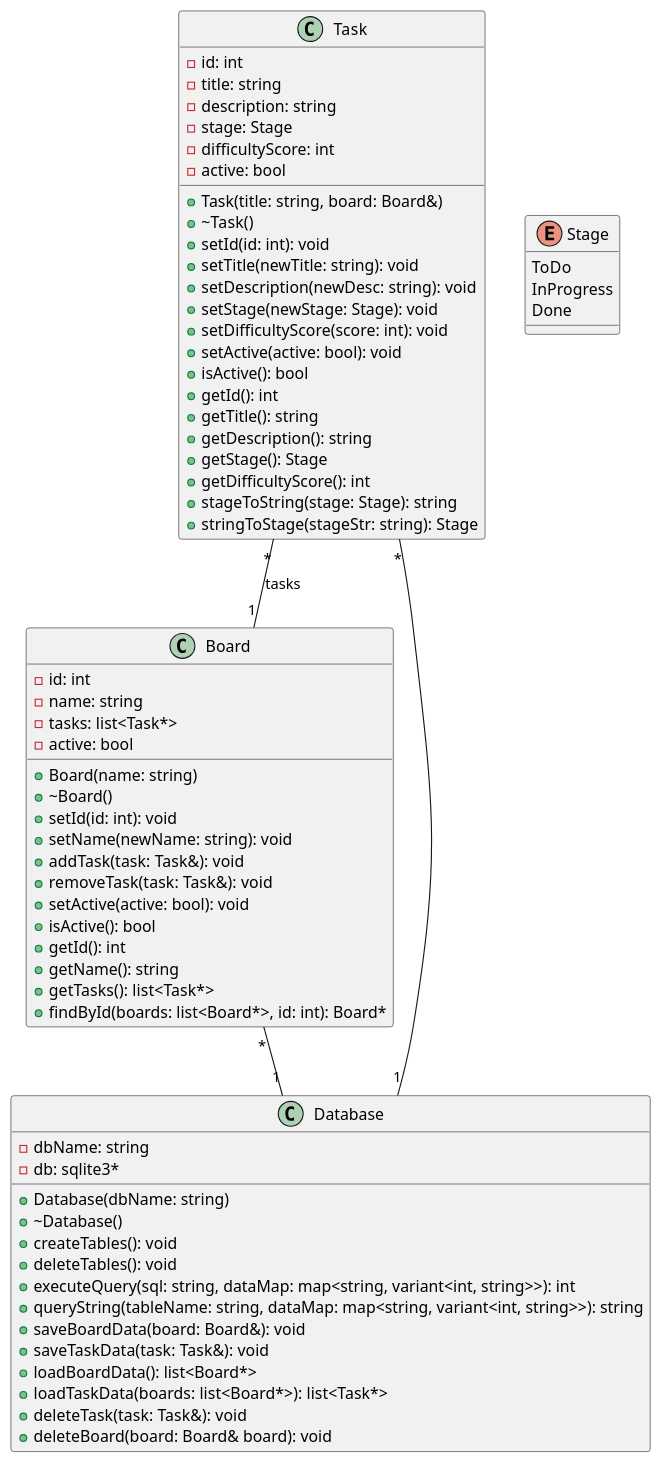
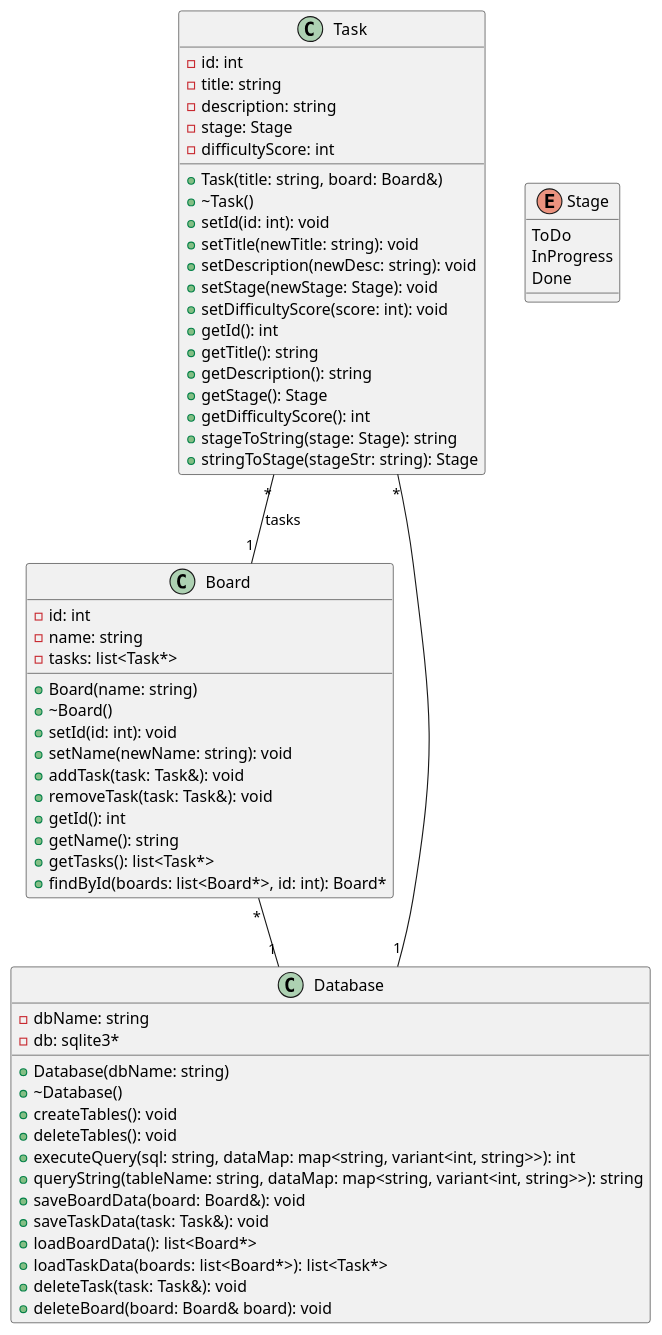
One commit to travisformayor/cli_kanban changed the diagram in diagrams/classUML.puml. Above: the diagram before and after it, drawn with PlantUML. The commit also changed 5 other files, not shown here.

```diff
--- a/diagrams/classUML.puml
+++ b/diagrams/classUML.puml
@@ -1,74 +1,68 @@
 @startuml classUML
 
 Task "*" -- "1" Board : tasks
 Task "*" -- "1" Database
 Board "*" -- "1" Database
 
 enum Stage {
   ToDo
   InProgress
   Done
 }
 
 class Task {
   -id: int
   -title: string
   -description: string
   -stage: Stage
   -difficultyScore: int
-  -active: bool
   +Task(title: string, board: Board&)
   +~Task()
   +setId(id: int): void
   +setTitle(newTitle: string): void
   +setDescription(newDesc: string): void
   +setStage(newStage: Stage): void
   +setDifficultyScore(score: int): void
-  +setActive(active: bool): void
-  +isActive(): bool
   +getId(): int
   +getTitle(): string
   +getDescription(): string
   +getStage(): Stage
   +getDifficultyScore(): int
   +stageToString(stage: Stage): string
   +stringToStage(stageStr: string): Stage
 }
 
 class Board {
   -id: int
   -name: string
   -tasks: list<Task*>
-  -active: bool
   +Board(name: string)
   +~Board()
   +setId(id: int): void
   +setName(newName: string): void
   +addTask(task: Task&): void
   +removeTask(task: Task&): void
-  +setActive(active: bool): void
-  +isActive(): bool
   +getId(): int
   +getName(): string
   +getTasks(): list<Task*>
   +findById(boards: list<Board*>, id: int): Board*
 }
 
 class Database {
   -dbName: string
   -db: sqlite3*
   +Database(dbName: string)
   +~Database()
   +createTables(): void
   +deleteTables(): void
   +executeQuery(sql: string, dataMap: map<string, variant<int, string>>): int
   +queryString(tableName: string, dataMap: map<string, variant<int, string>>): string
   +saveBoardData(board: Board&): void
   +saveTaskData(task: Task&): void
   +loadBoardData(): list<Board*>
   +loadTaskData(boards: list<Board*>): list<Task*>
   +deleteTask(task: Task&): void
   +deleteBoard(board: Board& board): void
 }
 
 @enduml
```
